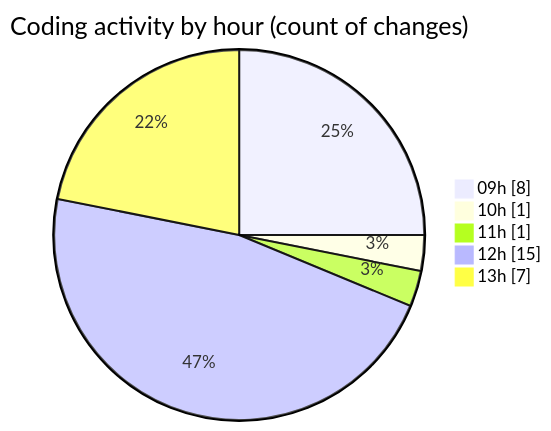
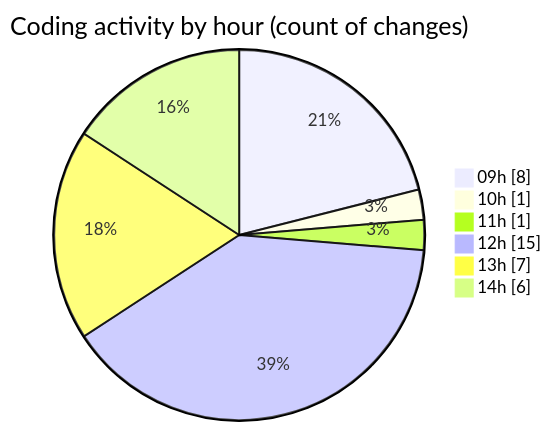
Before and after one commit to momahboobian/code-tracking: the second of 2 diagrams in 2025-05-06/cda/README.md, drawn with Mermaid. The commit also changed other lines of this file and 1 other file, not shown here.

````diff
--- a/2025-05-06/cda/README.md
+++ b/2025-05-06/cda/README.md
@@ -40,9 +41,10 @@
 ```mermaid
 pie showData
 title Coding activity by hour (count of changes)
 "09h" : 8
 "10h" : 1
 "11h" : 1
 "12h" : 15
 "13h" : 7
+"14h" : 6
 ```
````
